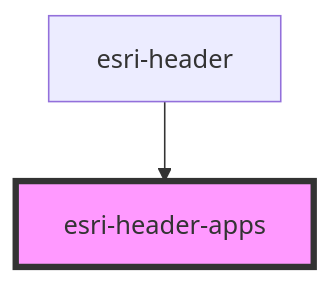
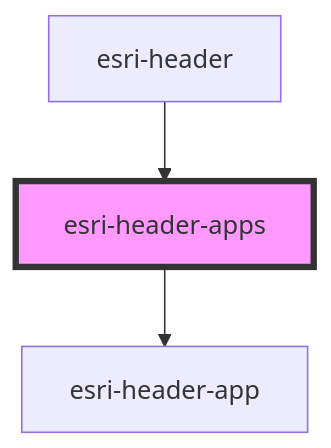
Before and after one commit to Esri/global-nav: the diagram in src/components/esri-header-apps/readme.md, drawn with Mermaid. The commit also changed other lines of this file and 15 other files, not shown here.

````diff
--- a/src/components/esri-header-apps/readme.md
+++ b/src/components/esri-header-apps/readme.md
@@ -38,5 +44,6 @@
 ```mermaid
 graph TD;
+  esri-header-apps --> esri-header-app
   esri-header --> esri-header-apps
   style esri-header-apps fill:#f9f,stroke:#333,stroke-width:4px
 ```
````
